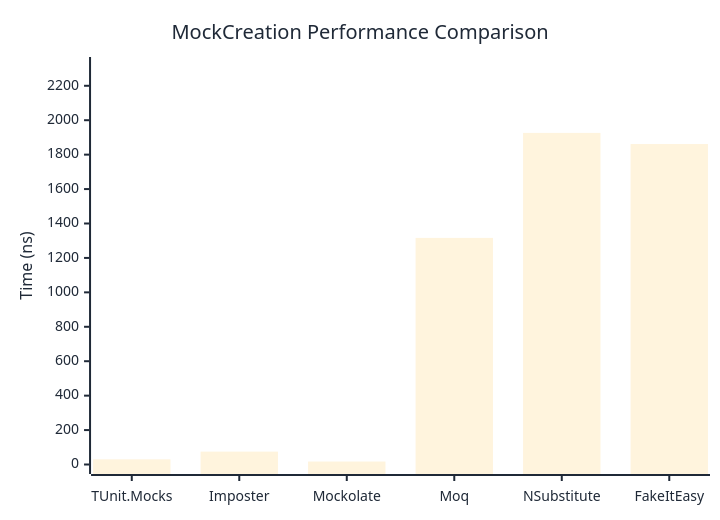
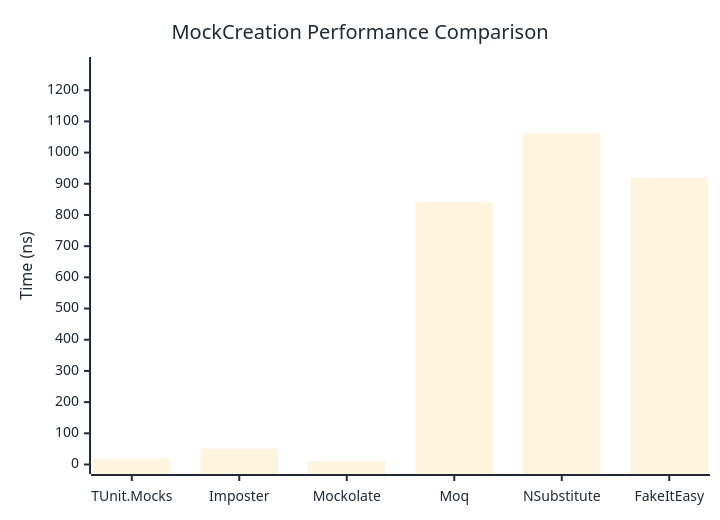
One commit to thomhurst/TUnit changed the first of 2 diagrams in docs/docs/benchmarks/mocks/MockCreation.md. Above: the diagram before and after it, drawn with Mermaid. The commit also changed other lines of this file and 14 other files, not shown here.

````diff
--- a/docs/docs/benchmarks/mocks/MockCreation.md
+++ b/docs/docs/benchmarks/mocks/MockCreation.md
@@ -30,27 +30,27 @@
 ```mermaid
 %%{init: {
   'theme':'base',
   'themeVariables': {
     'primaryColor': '#2563eb',
     'primaryTextColor': '#1f2937',
     'primaryBorderColor': '#1e40af',
     'lineColor': '#6b7280',
     'secondaryColor': '#7c3aed',
     'tertiaryColor': '#dc2626',
     'background': '#ffffff',
     'pie1': '#2563eb',
     'pie2': '#7c3aed',
     'pie3': '#dc2626',
     'pie4': '#f59e0b',
     'pie5': '#10b981',
     'pie6': '#06b6d4',
     'pie7': '#ec4899',
     'pie8': '#6366f1'
   }
 }}%%
 xychart-beta
   title "MockCreation Performance Comparison"
   x-axis ["TUnit.Mocks", "Imposter", "Mockolate", "Moq", "NSubstitute", "FakeItEasy"]
-  y-axis "Time (ns)" 0 --> 2312
-  bar [30.05, 74.77, 17.21, 1316.29, 1926.32, 1861.6]
+  y-axis "Time (ns)" 0 --> 1276
+  bar [18.56, 50.56, 11.31, 841.12, 1062.91, 919.59]
 ```
````
